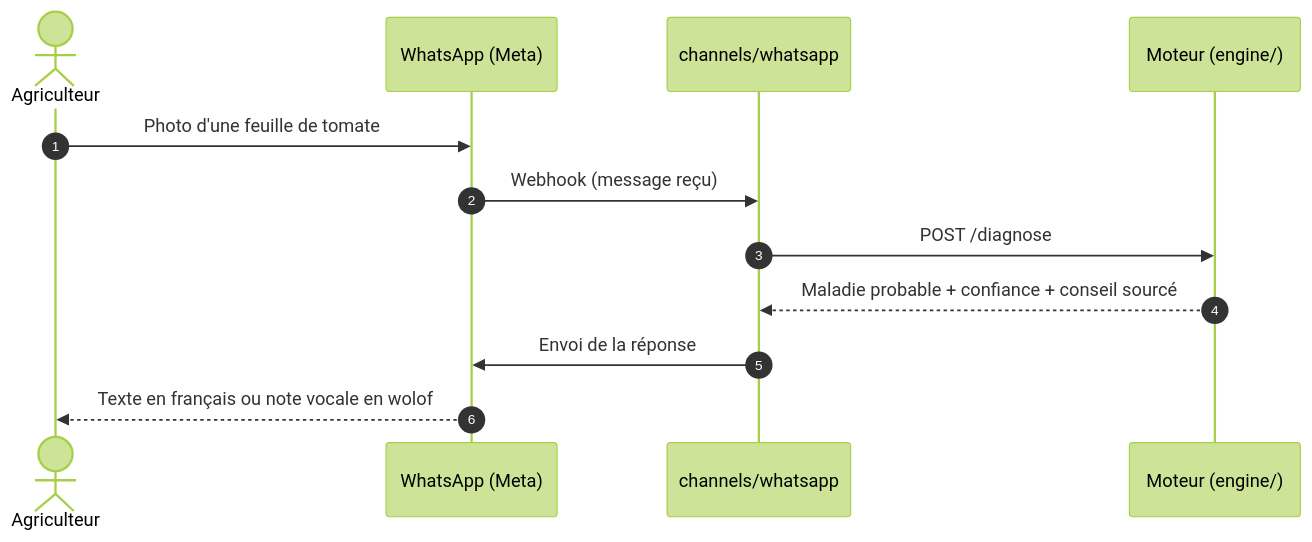
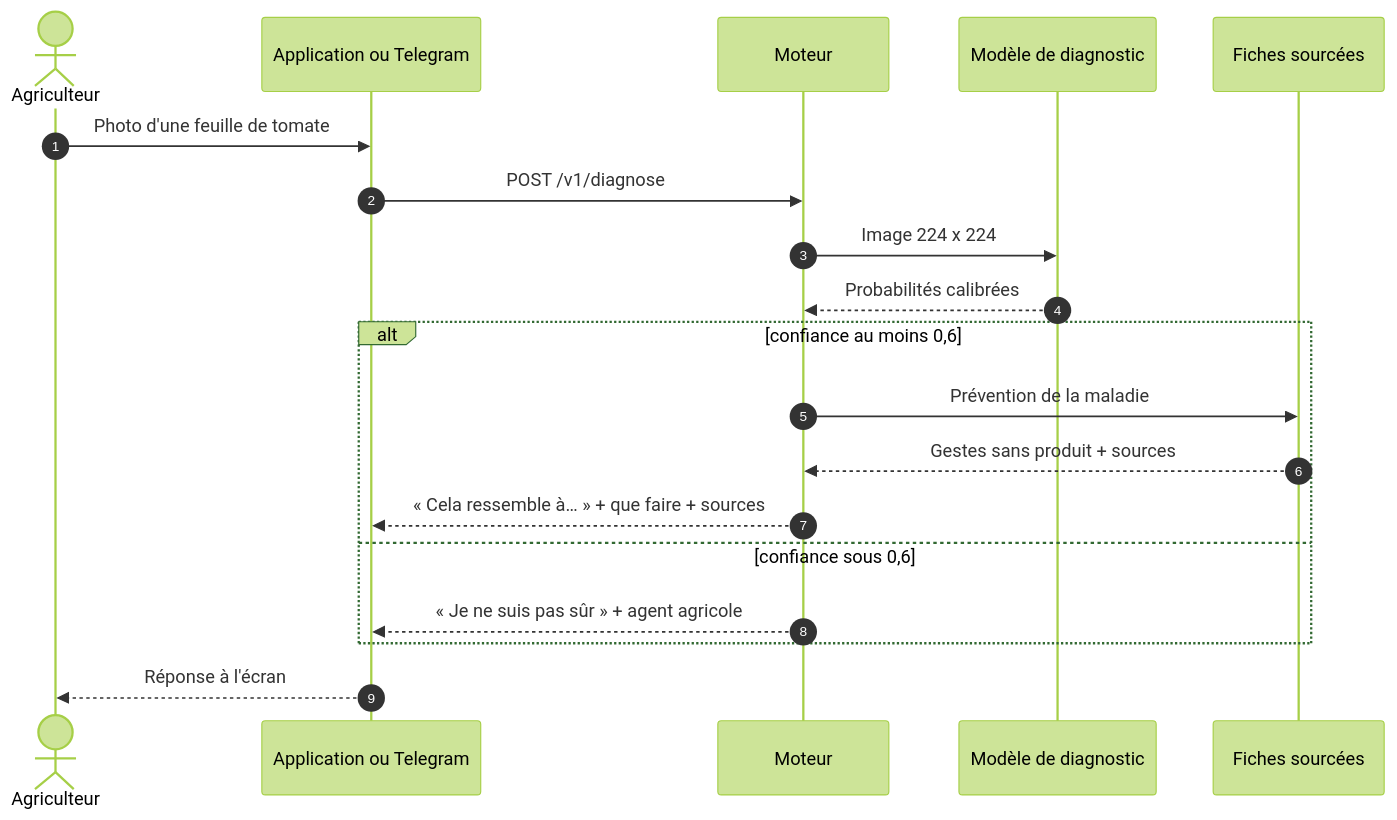
The diagram in channels/README.md (Oscar-AS/Terramind), drawn with Mermaid (forest theme) before and after one commit. The commit also changed other lines of this file and 14 other files, not shown here.

First line of the commit message:
docs: README illustrés à jour (app mobile, Telegram, moteur, RAG, modèle v1, archives)

````diff
--- a/channels/README.md
+++ b/channels/README.md
@@ -19,14 +24,21 @@
 ```mermaid
 sequenceDiagram
     autonumber
     actor A as Agriculteur
-    participant W as WhatsApp (Meta)
-    participant C as channels/whatsapp
-    participant M as Moteur (engine/)
-    A->>W: Photo d'une feuille de tomate
-    W->>C: Webhook (message reçu)
-    C->>M: POST /diagnose
-    M-->>C: Maladie probable + confiance + conseil sourcé
-    C->>W: Envoi de la réponse
-    W-->>A: Texte en français ou note vocale en wolof
+    participant F as Application ou Telegram
+    participant M as Moteur
+    participant D as Modèle de diagnostic
+    participant K as Fiches sourcées
+    A->>F: Photo d'une feuille de tomate
+    F->>M: POST /v1/diagnose
+    M->>D: Image 224 x 224
+    D-->>M: Probabilités calibrées
+    alt confiance au moins 0,6
+        M->>K: Prévention de la maladie
+        K-->>M: Gestes sans produit + sources
+        M-->>F: « Cela ressemble à… » + que faire + sources
+    else confiance sous 0,6
+        M-->>F: « Je ne suis pas sûr » + agent agricole
+    end
+    F-->>A: Réponse à l'écran
 ```
````
